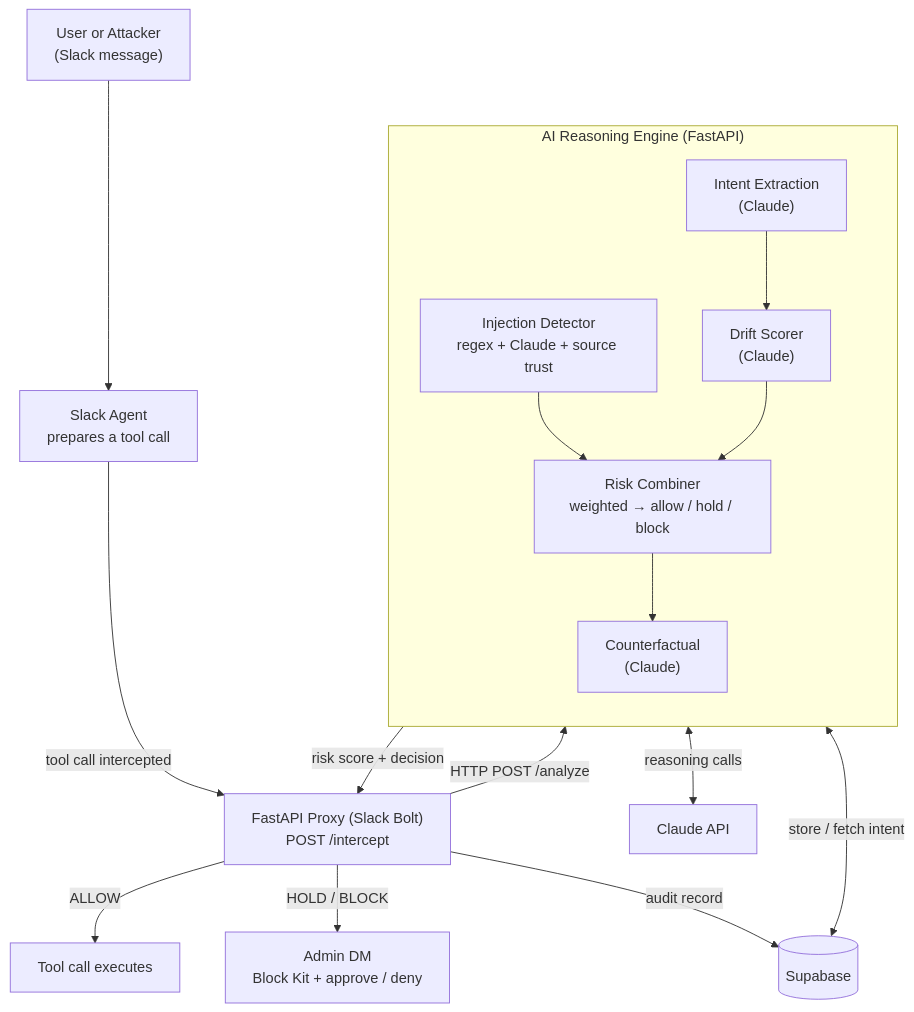
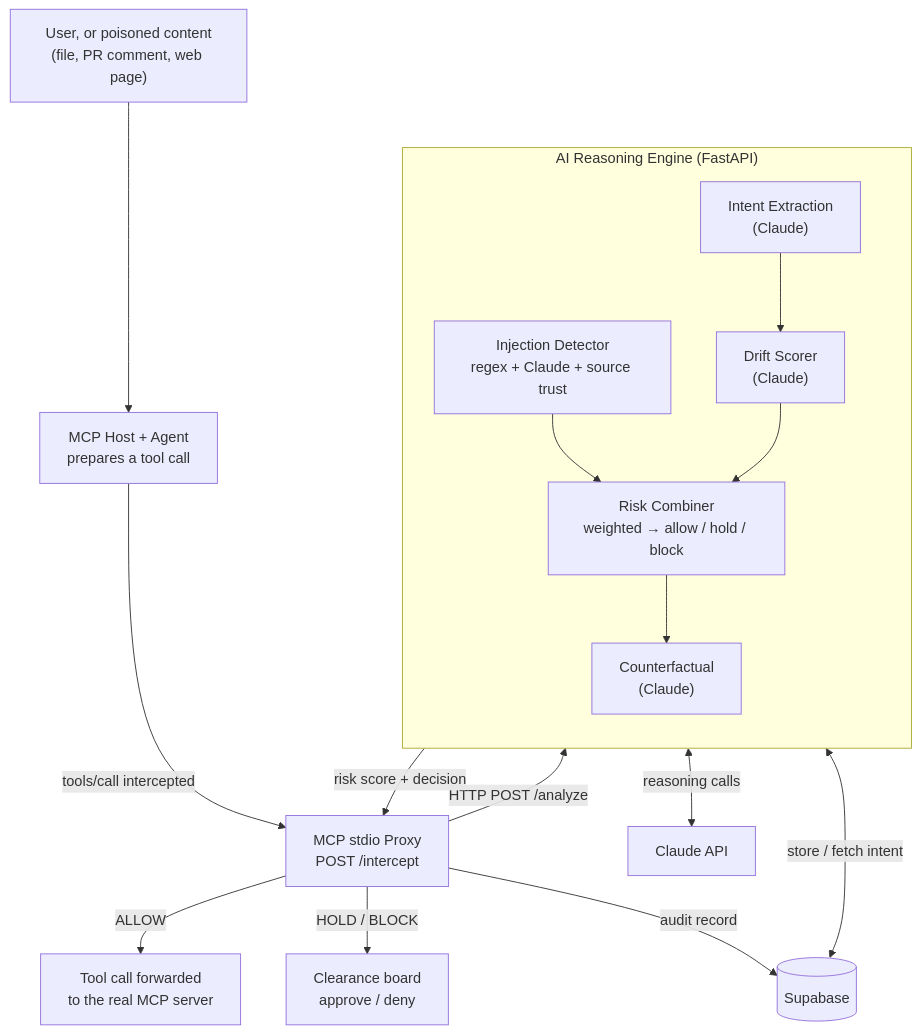
One commit to Kingsolima/Agent-Firewall changed the diagram in README.md. Above: the diagram before and after it, drawn with Mermaid. The commit also changed other lines of this file and 8 other files, not shown here.

````diff
--- a/README.md
+++ b/README.md
@@ -38,28 +39,28 @@
 ```mermaid
 flowchart TD
-    U["User or Attacker<br/>(Slack message)"] --> AG["Slack Agent<br/>prepares a tool call"]
-    AG -->|"tool call intercepted"| PX["FastAPI Proxy (Slack Bolt)<br/>POST /intercept"]
+    U["User, or poisoned content<br/>(file, PR comment, web page)"] --> AG["MCP Host + Agent<br/>prepares a tool call"]
+    AG -->|"tools/call intercepted"| PX["MCP stdio Proxy<br/>POST /intercept"]
 
     PX -->|"HTTP POST /analyze"| RE
 
     subgraph RE["AI Reasoning Engine (FastAPI)"]
         direction TB
         INJ["Injection Detector<br/>regex + Claude + source trust"]
         INT["Intent Extraction<br/>(Claude)"]
         DRF["Drift Scorer<br/>(Claude)"]
         CMB["Risk Combiner<br/>weighted → allow / hold / block"]
         CF["Counterfactual<br/>(Claude)"]
         INT --> DRF
         INJ --> CMB
         DRF --> CMB
         CMB --> CF
     end
 
     RE <-->|"reasoning calls"| CLA["Claude API"]
     RE <-->|"store / fetch intent"| DB[("Supabase")]
     RE -->|"risk score + decision"| PX
 
-    PX -->|"ALLOW"| EXE["Tool call executes"]
-    PX -->|"HOLD / BLOCK"| ADM["Admin DM<br/>Block Kit + approve / deny"]
+    PX -->|"ALLOW"| EXE["Tool call forwarded<br/>to the real MCP server"]
+    PX -->|"HOLD / BLOCK"| ADM["Clearance board<br/>approve / deny"]
     PX -->|"audit record"| DB
 ```
````
